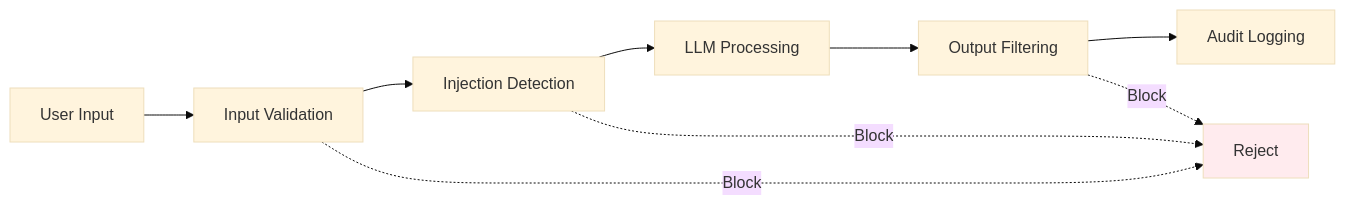
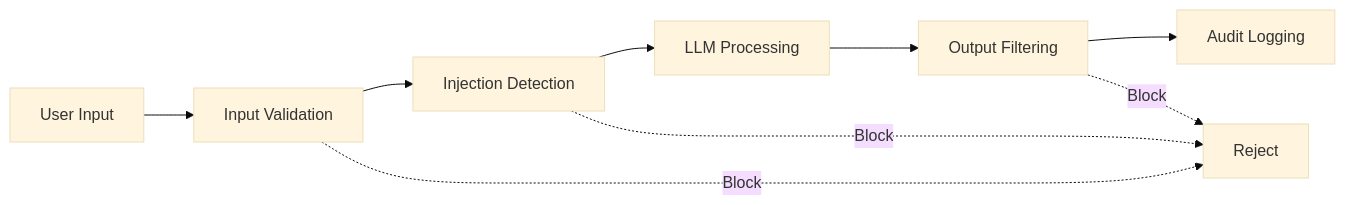
Before and after one commit to yuexiaoliang/prompt-engineering-learning: the second of 4 diagrams in 12-cheatsheet-en.md, drawn with Mermaid (base theme). The commit also changed other lines of this file and 3 other files, not shown here.

First line of the commit message:
fix(prompt-engineering): remove remaining hardcoded mermaid fill styles

````diff
--- a/12-cheatsheet-en.md
+++ b/12-cheatsheet-en.md
@@ -277,14 +272,13 @@
 ```mermaid
 flowchart LR
     A[User Input] --> B[Input Validation]
     B --> C[Injection Detection]
     C --> D[LLM Processing]
     D --> E[Output Filtering]
     E --> F[Audit Logging]
 
     B -.->|Block| X[Reject]
     C -.->|Block| X
     E -.->|Block| X
 
-    style X fill:#ffebee
 ```
````
